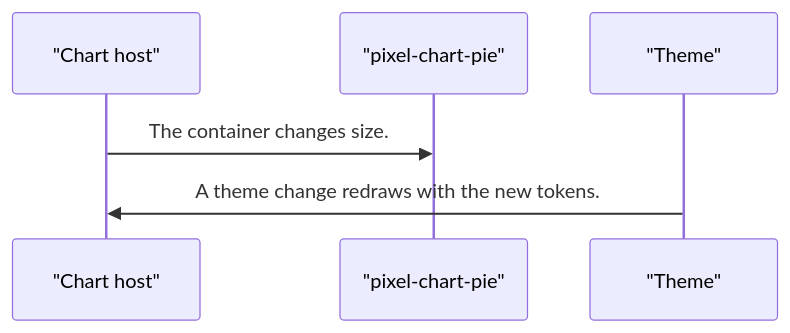
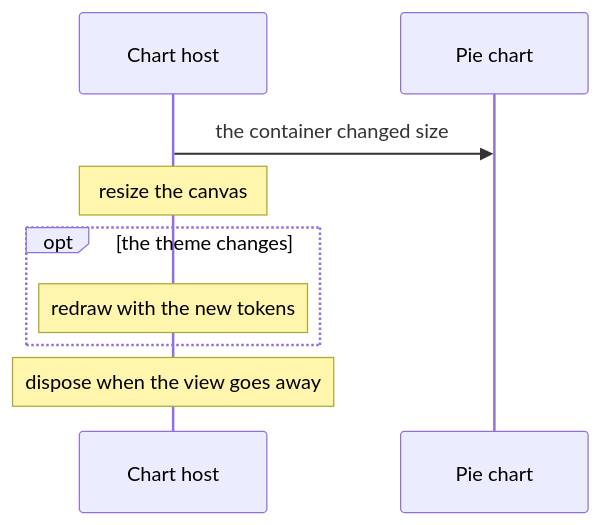
The fourth of 5 diagrams in projects/pixel-ui/src/lib/pixel-chart-pie/DESIGN.md (RajshekharBorate/pixel-ui), drawn with Mermaid before and after one commit. The commit also changed other lines of this file and 73 other files, not shown here.

Commit message:
Explain who owns each value and what each flow does in every component and service design.

````diff
--- a/projects/pixel-ui/src/lib/pixel-chart-pie/DESIGN.md
+++ b/projects/pixel-ui/src/lib/pixel-chart-pie/DESIGN.md
@@ -82,8 +104,11 @@
 ```mermaid
 sequenceDiagram
-  participant host as "Chart host"
-  participant plot as "pixel-chart-pie"
-  participant theme as "Theme"
-  host->>plot: The container changes size.
-  theme->>host: A theme change redraws with the new tokens.
+  participant Host as Chart host
+  participant Plot as Pie chart
+  Host->>Plot: the container changed size
+  Note over Host: resize the canvas
+  opt the theme changes
+    Note over Host: redraw with the new tokens
+  end
+  Note over Host: dispose when the view goes away
 ```
````
